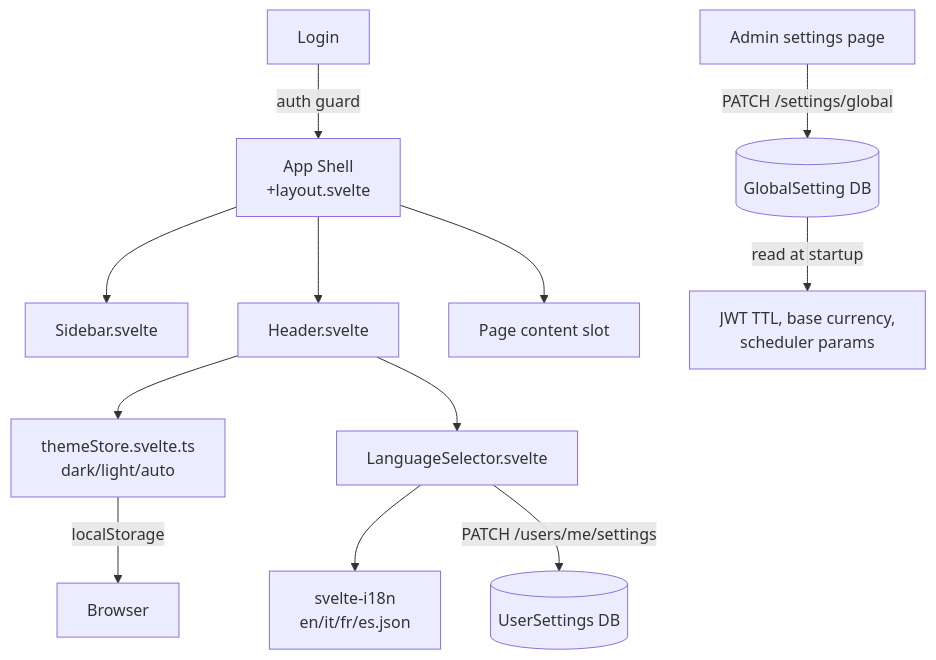
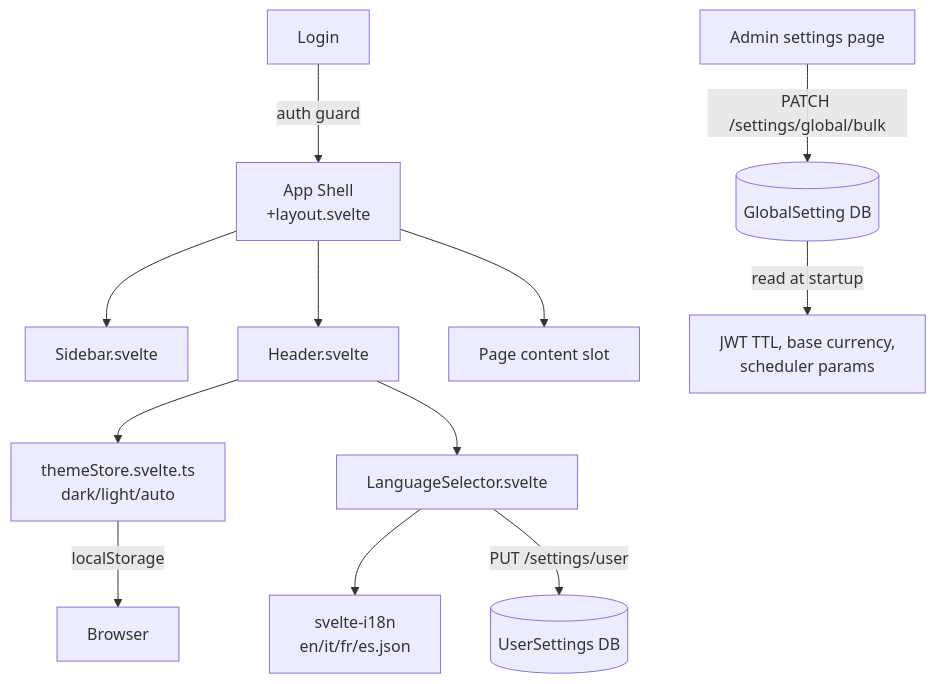
The diagram in LibreFolio_devWiki/wiki/domains/layout-settings.md (Librefolio/LibreFolio), drawn with Mermaid before and after one commit. The commit also changed other lines of this file and 11 other files, not shown here.

````diff
--- a/LibreFolio_devWiki/wiki/domains/layout-settings.md
+++ b/LibreFolio_devWiki/wiki/domains/layout-settings.md
@@ -37,14 +45,14 @@
 ```mermaid
 graph TD
     Login -->|auth guard| Shell[App Shell<br/>+layout.svelte]
     Shell --> Sidebar[Sidebar.svelte]
     Shell --> Header[Header.svelte]
     Shell --> PageSlot[Page content slot]
     Header --> ThemeToggle[themeStore.svelte.ts<br/>dark/light/auto]
     Header --> LangSelector[LanguageSelector.svelte]
     LangSelector --> i18n[svelte-i18n<br/>en/it/fr/es.json]
-    LangSelector -->|PATCH /users/me/settings| UserSettings[(UserSettings DB)]
+    LangSelector -->|PUT /settings/user| UserSettings[(UserSettings DB)]
     ThemeToggle -->|localStorage| Browser
-    AdminSettings[Admin settings page] -->|PATCH /settings/global| GlobalSettings[(GlobalSetting DB)]
+    AdminSettings[Admin settings page] -->|PATCH /settings/global/bulk| GlobalSettings[(GlobalSetting DB)]
     GlobalSettings -->|read at startup| BackendConfig[JWT TTL, base currency,<br/>scheduler params]
 ```
````
